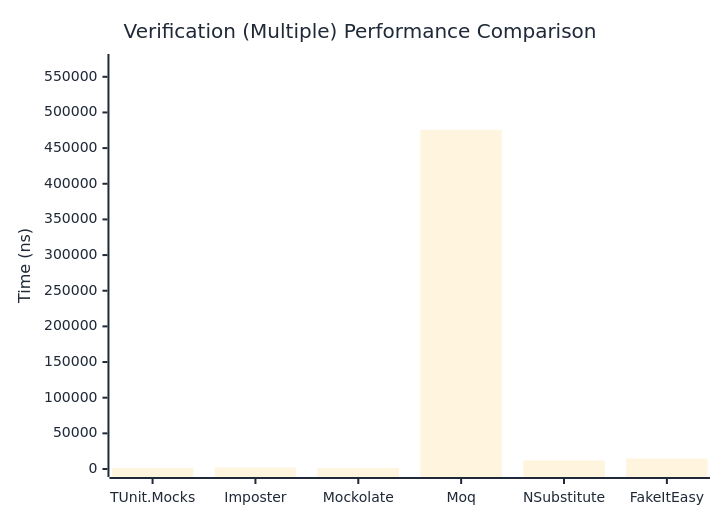
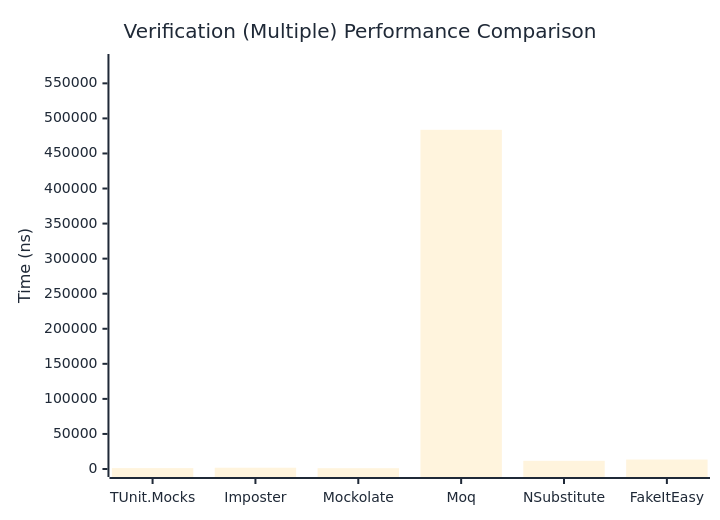
Before and after one commit to thomhurst/TUnit: the third of 3 diagrams in docs/docs/benchmarks/mocks/Verification.md, drawn with Mermaid. The commit also changed other lines of this file and 14 other files, not shown here.

````diff
--- a/docs/docs/benchmarks/mocks/Verification.md
+++ b/docs/docs/benchmarks/mocks/Verification.md
@@ -112,27 +112,27 @@
 ```mermaid
 %%{init: {
   'theme':'base',
   'themeVariables': {
     'primaryColor': '#2563eb',
     'primaryTextColor': '#1f2937',
     'primaryBorderColor': '#1e40af',
     'lineColor': '#6b7280',
     'secondaryColor': '#7c3aed',
     'tertiaryColor': '#dc2626',
     'background': '#ffffff',
     'pie1': '#2563eb',
     'pie2': '#7c3aed',
     'pie3': '#dc2626',
     'pie4': '#f59e0b',
     'pie5': '#10b981',
     'pie6': '#06b6d4',
     'pie7': '#ec4899',
     'pie8': '#6366f1'
   }
 }}%%
 xychart-beta
   title "Verification (Multiple) Performance Comparison"
   x-axis ["TUnit.Mocks", "Imposter", "Mockolate", "Moq", "NSubstitute", "FakeItEasy"]
-  y-axis "Time (ns)" 0 --> 570760
-  bar [1385.2, 2005.28, 1187.08, 475632.96, 11960.08, 14727.81]
+  y-axis "Time (ns)" 0 --> 580446
+  bar [1274.86, 1818.39, 1161.97, 483704.83, 11688.35, 13487.62]
 ```
````
